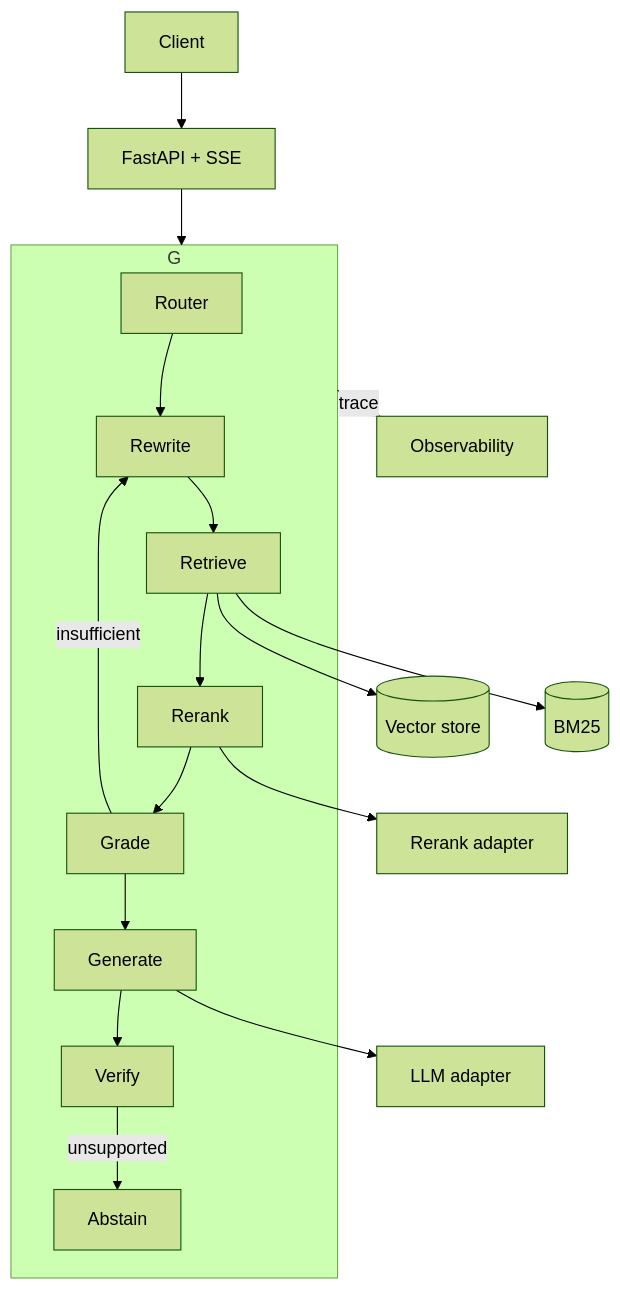
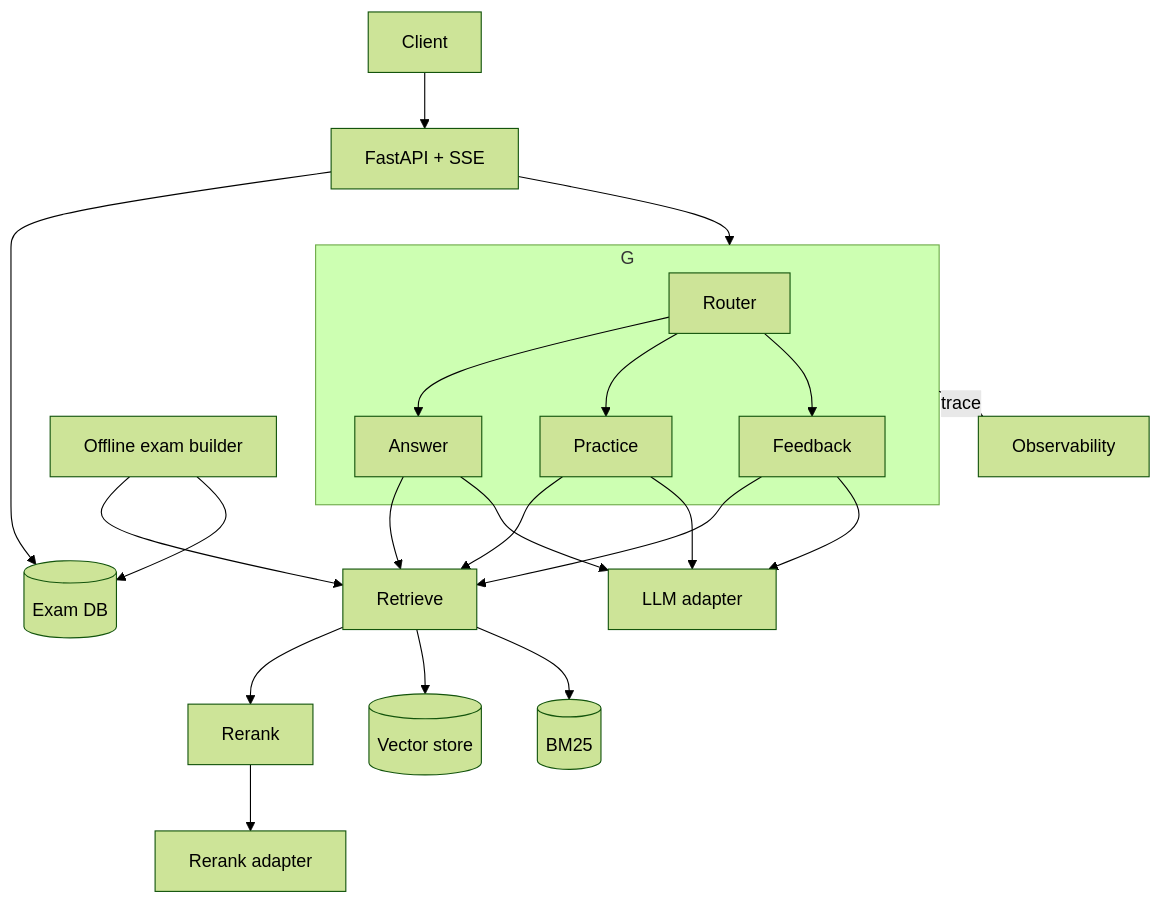
One commit to monitus2022/owl-online changed the diagram in README.md. Above: the diagram before and after it, drawn with Mermaid (forest theme). The commit also changed other lines of this file and 34 other files, not shown here.

First line of the commit message:
feat(agent): add Bedrock chat graph and SSE foundation (#80)

````diff
--- a/README.md
+++ b/README.md
@@ -35,16 +68,24 @@
 ```mermaid
 flowchart TD
   C[Client] --> API[FastAPI + SSE]
-  API --> G[LangGraph agent]
+  API --> G[Chat agent]
   subgraph G
-    R[Router] --> Q[Rewrite] --> RET[Retrieve] --> RR[Rerank]
-    RR --> GR[Grade] --> GEN[Generate] --> VER[Verify]
-    GR -->|insufficient| Q
-    VER -->|unsupported| AB[Abstain]
+    R[Router] --> A[Answer]
+    R --> P[Practice]
+    R --> F[Feedback]
   end
+  A --> RET[Retrieve]
+  P --> RET
+  F --> RET
+  RET --> RR[Rerank]
   RET --> VEC[(Vector store)]
   RET --> BM[(BM25)]
   RR --> RER[Rerank adapter]
-  GEN --> LLM[LLM adapter]
+  A --> LLM[LLM adapter]
+  P --> LLM
+  F --> LLM
+  B[Offline exam builder] --> RET
+  B --> DB[(Exam DB)]
+  API --> DB
   G -. trace .-> OBS[Observability]
 ```
````
